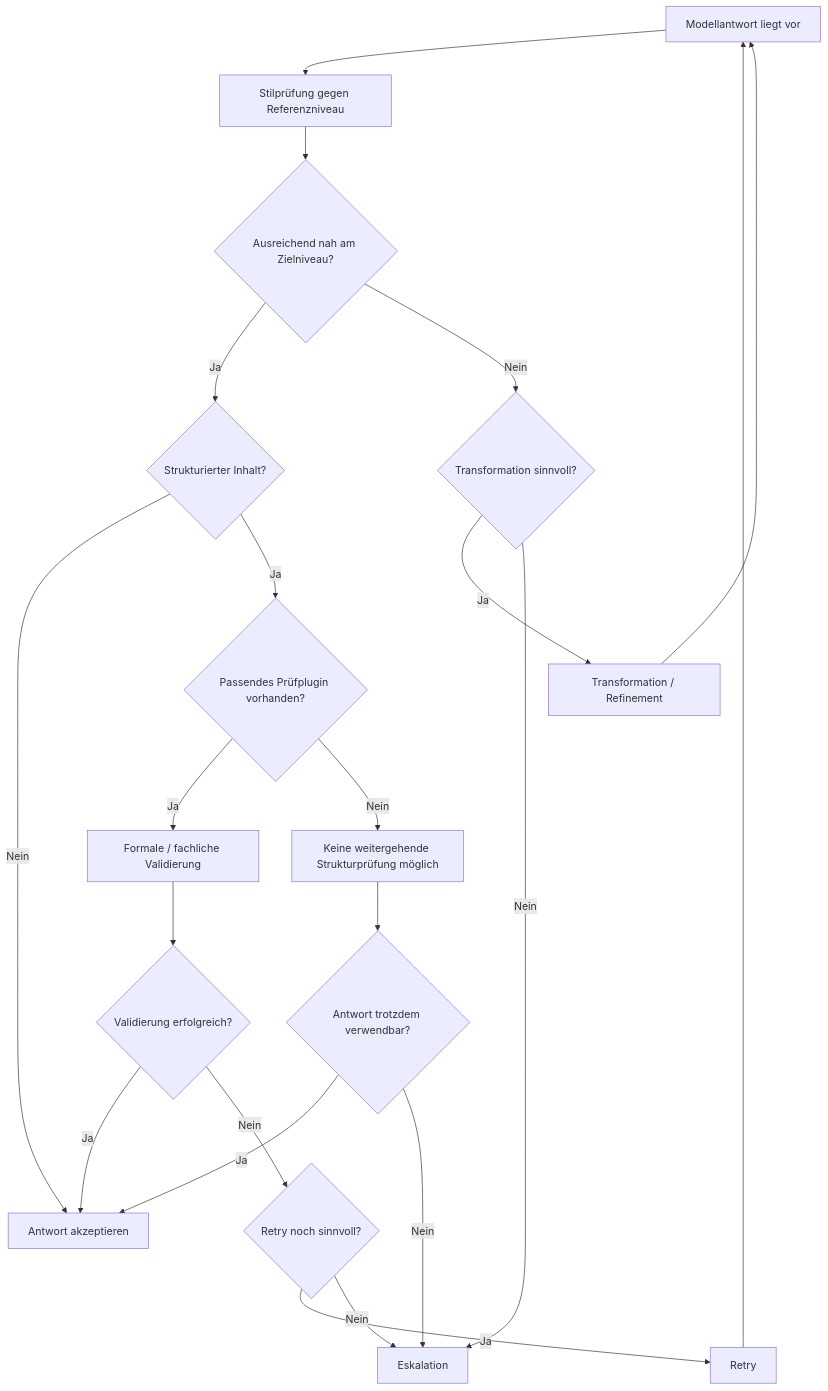
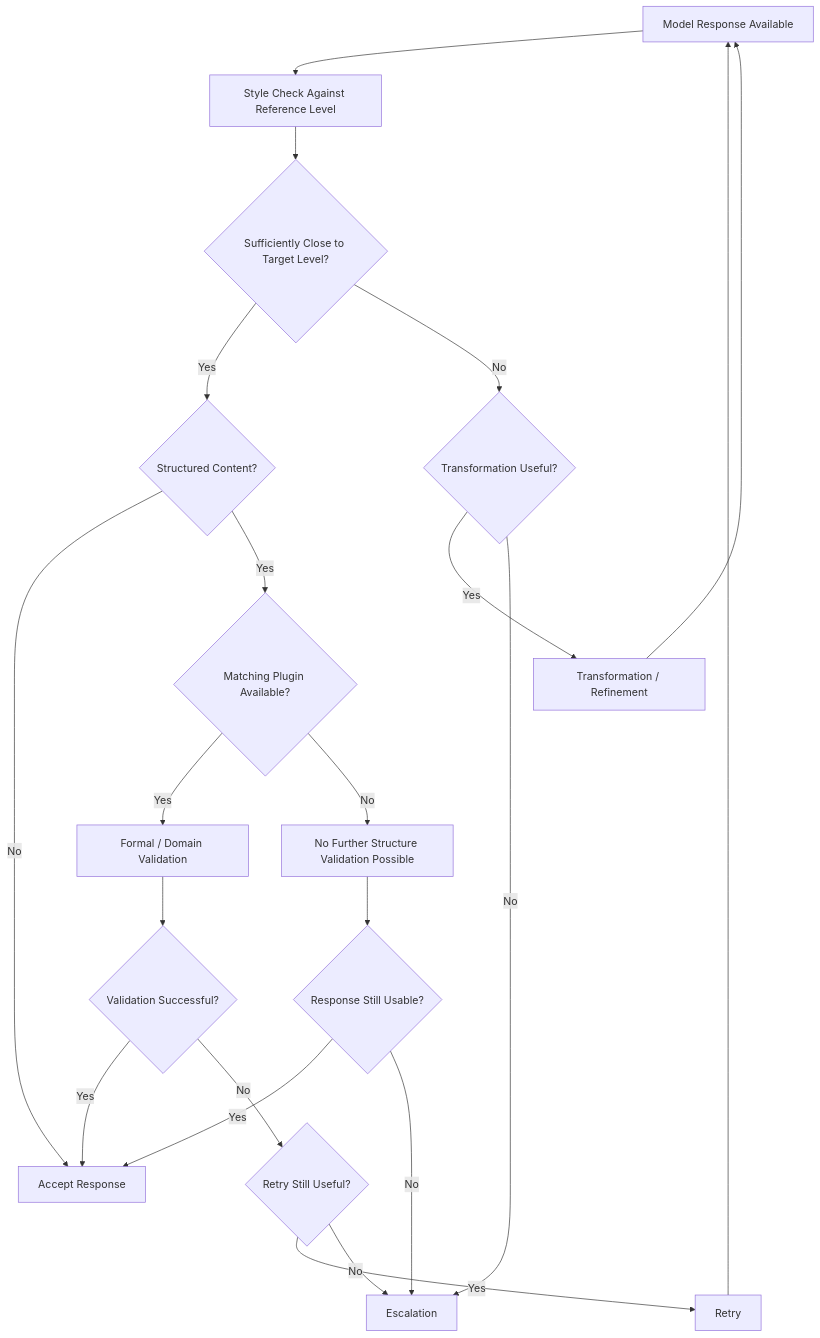
One commit to max-dingsda/MDAL changed the diagram in Docs/09-decision-model.md. Above: the diagram before and after it, drawn with Mermaid. The commit also changed other lines of this file and 82 other files, not shown here.

````diff
--- a/Docs/09-decision-model.md
+++ b/Docs/09-decision-model.md
@@ -120,30 +120,30 @@
 ```mermaid
 flowchart TD
-    A[Modellantwort liegt vor] --> B[Stilprüfung gegen Referenzniveau]
-    B --> C{Ausreichend nah am Zielniveau?}
+    A[Model Response Available] --> B[Style Check Against Reference Level]
+    B --> C{Sufficiently Close to Target Level?}
 
-    C -- Ja --> D{Strukturierter Inhalt?}
-    C -- Nein --> E{Transformation sinnvoll?}
+    C -- Yes --> D{Structured Content?}
+    C -- No --> E{Transformation Useful?}
 
-    D -- Nein --> F[Antwort akzeptieren]
-    D -- Ja --> G{Passendes Prüfplugin vorhanden?}
+    D -- No --> F[Accept Response]
+    D -- Yes --> G{Matching Plugin Available?}
 
-    G -- Ja --> H[Formale / fachliche Validierung]
-    H --> I{Validierung erfolgreich?}
-    I -- Ja --> F
-    I -- Nein --> J{Retry noch sinnvoll?}
+    G -- Yes --> H[Formal / Domain Validation]
+    H --> I{Validation Successful?}
+    I -- Yes --> F
+    I -- No --> J{Retry Still Useful?}
 
-    G -- Nein --> K[Keine weitergehende Strukturprüfung möglich]
+    G -- No --> K[No Further Structure Validation Possible]
 
-    E -- Ja --> L[Transformation / Refinement]
+    E -- Yes --> L[Transformation / Refinement]
     L --> A
-    E -- Nein --> M[Eskalation]
+    E -- No --> M[Escalation]
 
-    J -- Ja --> N[Retry]
+    J -- Yes --> N[Retry]
     N --> A
-    J -- Nein --> M
+    J -- No --> M
 
-    K --> O{Antwort trotzdem verwendbar?}
-    O -- Ja --> F
-    O -- Nein --> M
+    K --> O{Response Still Usable?}
+    O -- Yes --> F
+    O -- No --> M
 ```
````
